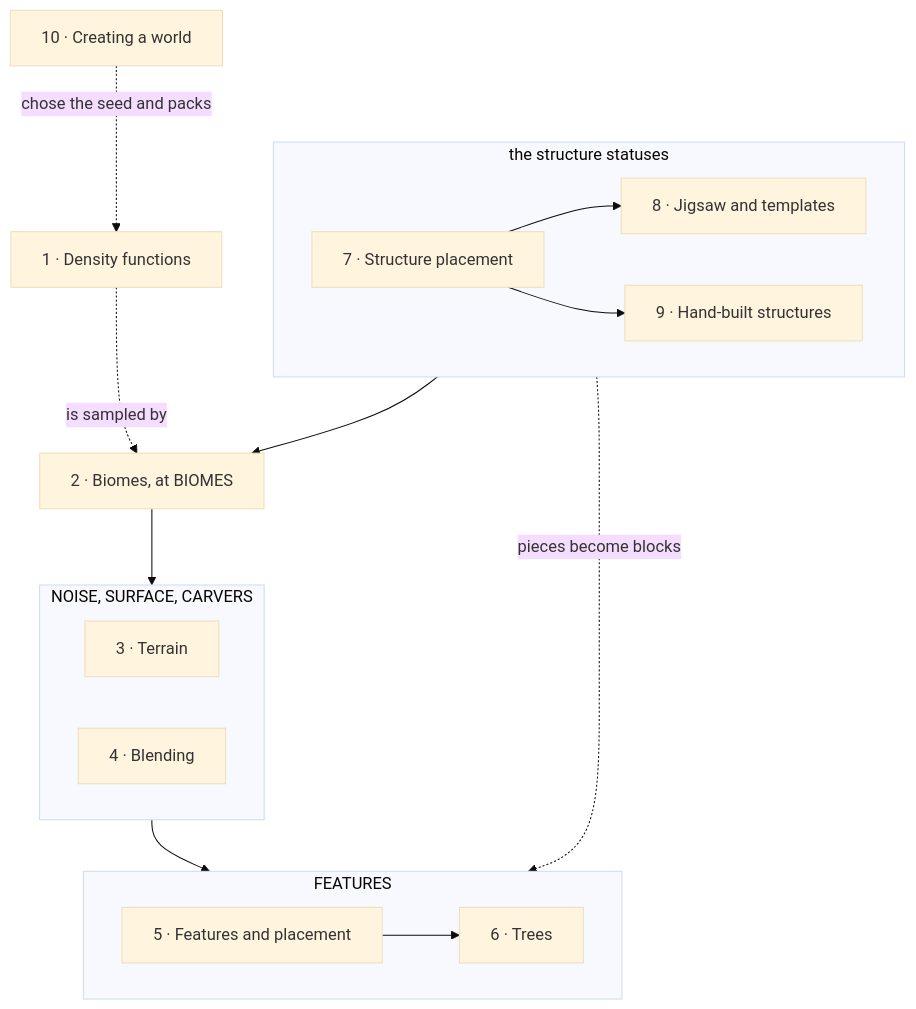
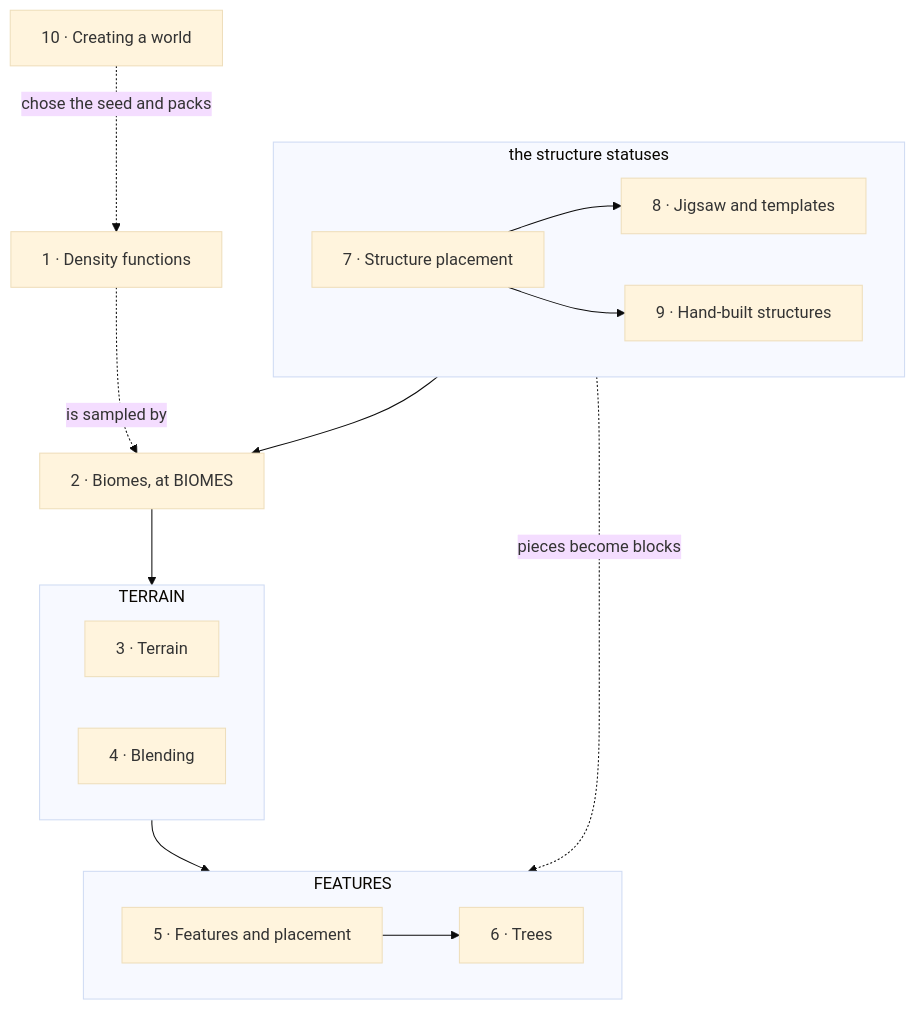
Before and after one commit to AlexanderjFraser/MinecraftDocs: the diagram in src/systems/worldgen/README.md, drawn with Mermaid (base theme). The commit also changed other lines of this file and 68 other files, not shown here.

````diff
--- a/src/systems/worldgen/README.md
+++ b/src/systems/worldgen/README.md
@@ -48,20 +48,20 @@
 ```mermaid
 flowchart TD
     CW["10 · Creating a world"] -.->|"chose the seed and packs"| DF["1 · Density functions"]
     DF -.->|"is sampled by"| L2
     subgraph SS["the structure statuses"]
         S7["7 · Structure placement"] --> S8["8 · Jigsaw and templates"]
         S7 --> S9["9 · Hand-built structures"]
     end
     SS --> L2["2 · Biomes, at BIOMES"]
-    L2 --> NO
-    subgraph NO["NOISE, SURFACE, CARVERS"]
+    L2 --> TE
+    subgraph TE["TERRAIN"]
         L3["3 · Terrain"]
         L4["4 · Blending"]
     end
-    NO --> FE
+    TE --> FE
     subgraph FE["FEATURES"]
         L5["5 · Features and placement"] --> L6["6 · Trees"]
     end
     SS -.->|"pieces become blocks"| FE
 ```
````
